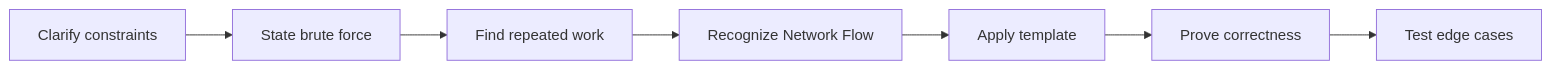
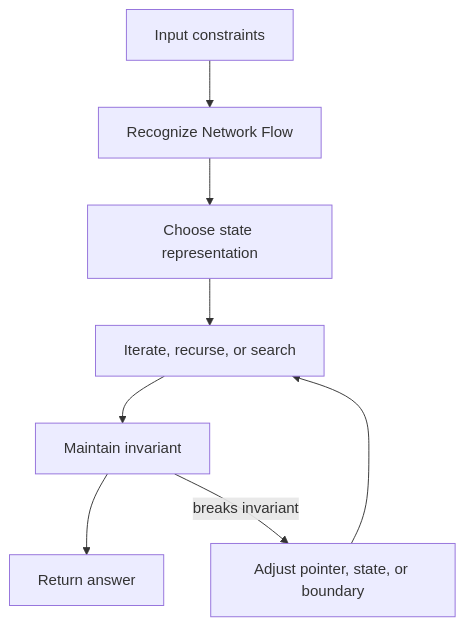
One commit to abstractinterviews/abstractinterviews.github.io changed the second of 2 diagrams in coding-round/algorithms/network-flow/index.md. Above: the diagram before and after it, drawn with Mermaid. The commit also changed other lines of this file and 278 other files, not shown here.

````diff
--- a/coding-round/algorithms/network-flow/index.md
+++ b/coding-round/algorithms/network-flow/index.md
@@ -123,9 +121,10 @@
-~~~mermaid
-flowchart LR
-    A["Clarify constraints"] --> B["State brute force"]
-    B --> C["Find repeated work"]
-    C --> D["Recognize Network Flow"]
-    D --> E["Apply template"]
-    E --> F["Prove correctness"]
-    F --> G["Test edge cases"]
-~~~
+```mermaid
+flowchart TD
+    Input["Input constraints"] --> Pattern["Recognize Network Flow"]
+    Pattern --> State["Choose state representation"]
+    State --> Iterate["Iterate, recurse, or search"]
+    Iterate --> Check["Maintain invariant"]
+    Check --> Result["Return answer"]
+    Check -->|breaks invariant| Fix["Adjust pointer, state, or boundary"]
+    Fix --> Iterate
+```
````
